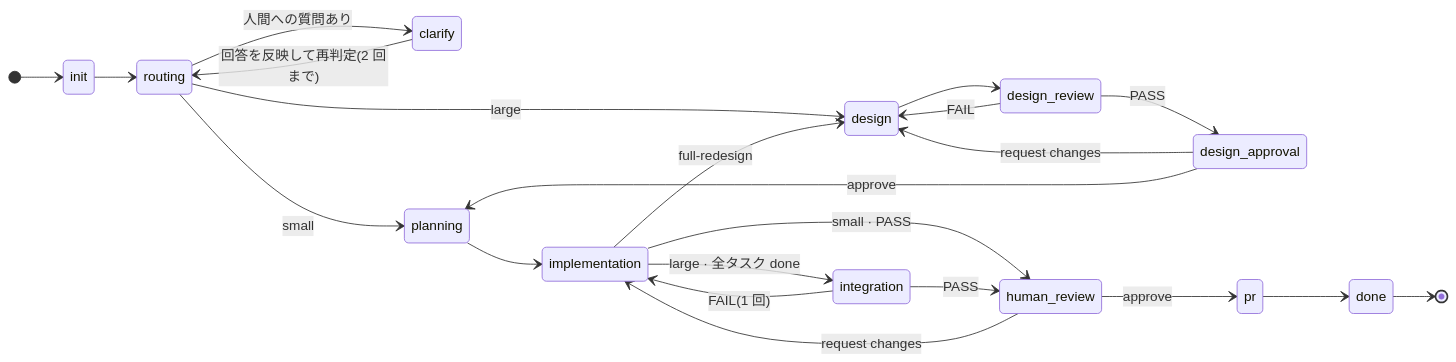
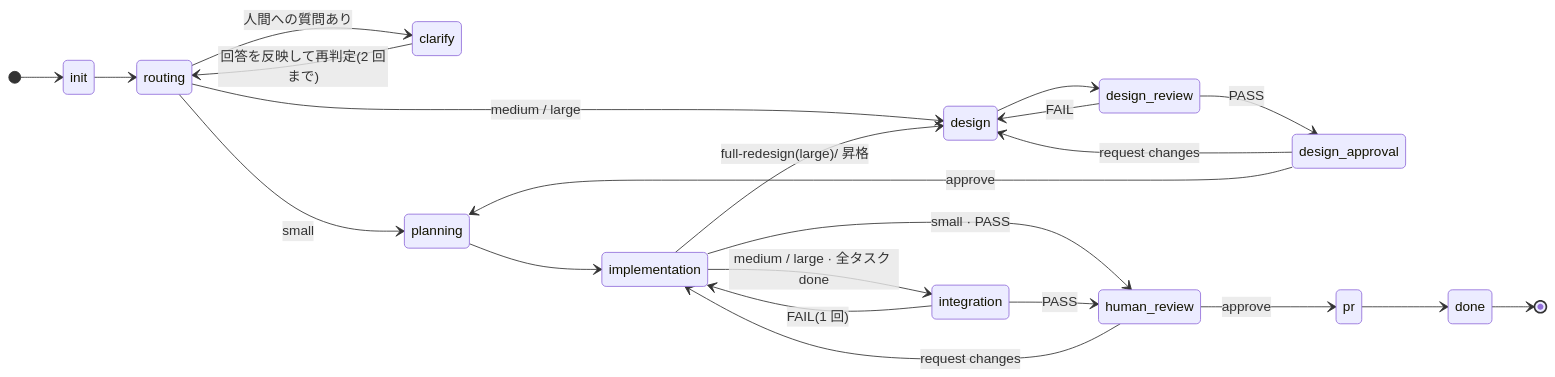
One commit to tamashiro-syuta/tama-cc-kit changed the ninth of 12 diagrams in docs/tama-cc-devflow.md. Above: the diagram before and after it, drawn with Mermaid. The commit also changed other lines of this file and 13 other files, not shown here.

First line of the commit message:
feat: Small / Medium / Large の 3 段階ルーティングと Medium フローを追加

````diff
--- a/docs/tama-cc-devflow.md
+++ b/docs/tama-cc-devflow.md
@@ -350,25 +452,25 @@
 ```mermaid
 stateDiagram-v2
     direction LR
     [*] --> init
     init --> routing
     routing --> clarify: 人間への質問あり
     clarify --> routing: 回答を反映して再判定(2 回まで)
     routing --> planning: small
-    routing --> design: large
+    routing --> design: medium / large
     design --> design_review
     design_review --> design: FAIL
     design_review --> design_approval: PASS
     design_approval --> design: request changes
     design_approval --> planning: approve
     planning --> implementation
     implementation --> human_review: small · PASS
-    implementation --> integration: large · 全タスク done
-    implementation --> design: full-redesign
+    implementation --> integration: medium / large · 全タスク done
+    implementation --> design: full-redesign(large)/ 昇格
     integration --> implementation: FAIL(1 回)
     integration --> human_review: PASS
     human_review --> implementation: request changes
     human_review --> pr: approve
     pr --> done
     done --> [*]
 ```
````
